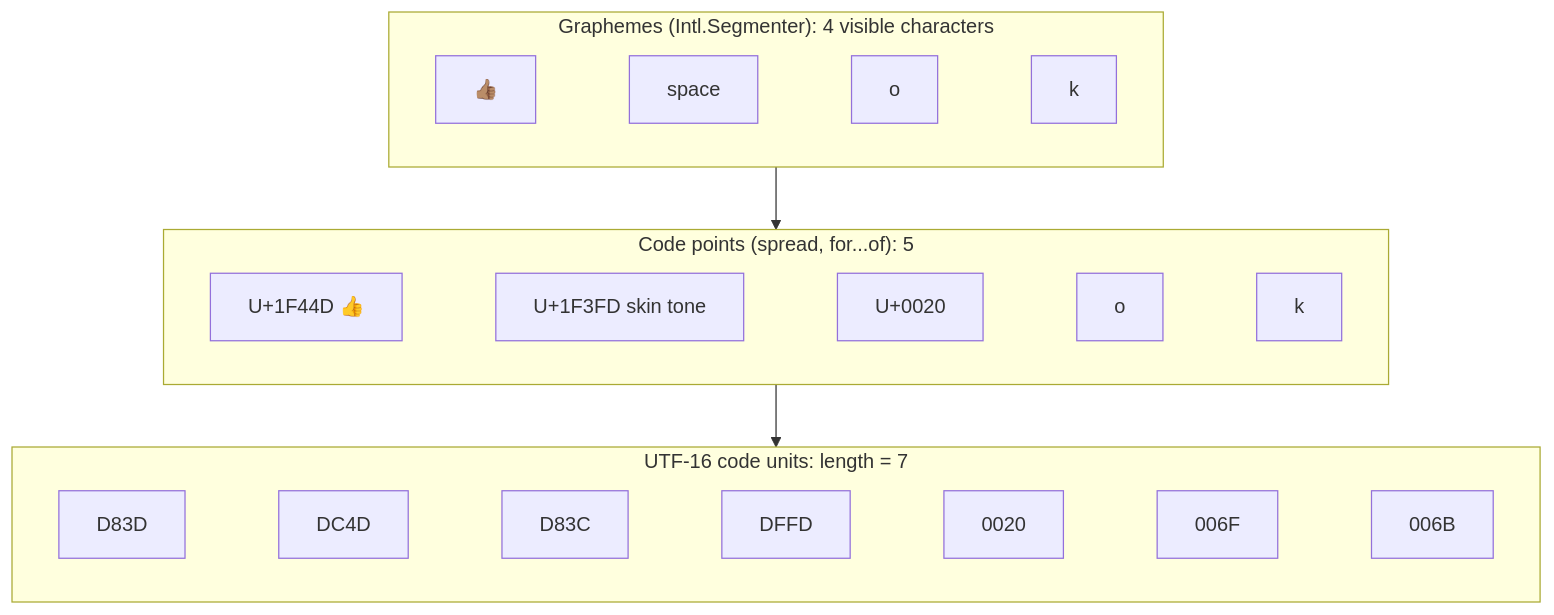
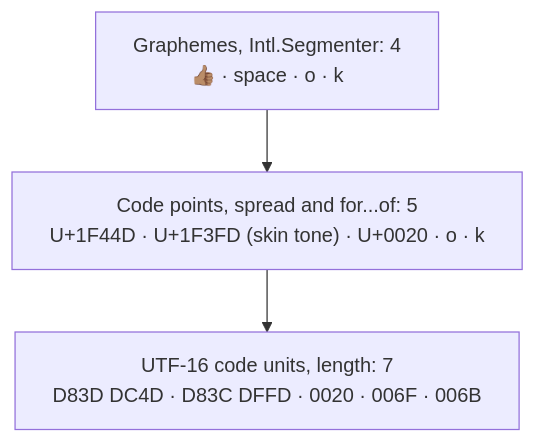
One commit to IGMiller777/frontend-gym changed the second of 3 diagrams in content/lessons/js-core/js-numbers-strings.en.md. Above: the diagram before and after it, drawn with Mermaid. The commit also changed other lines of this file and 19 other files, not shown here.

First line of the commit message:
lessons: fit wide diagrams in JS and React lessons into the column

````diff
--- a/content/lessons/js-core/js-numbers-strings.en.md
+++ b/content/lessons/js-core/js-numbers-strings.en.md
@@ -90,13 +90,10 @@
 ```mermaid
+---
+config:
+  flowchart:
+    wrappingWidth: 420
+---
 flowchart TB
-  subgraph G["Graphemes (Intl.Segmenter): 4 visible characters"]
-    g1["👍🏽"] ~~~ g2["space"] ~~~ g3["o"] ~~~ g4["k"]
-  end
-  subgraph P["Code points (spread, for...of): 5"]
-    p1["U+1F44D 👍"] ~~~ p2["U+1F3FD skin tone"] ~~~ p3["U+0020"] ~~~ p4["o"] ~~~ p5["k"]
-  end
-  subgraph U["UTF-16 code units: length = 7"]
-    u1["D83D"] ~~~ u2["DC4D"] ~~~ u3["D83C"] ~~~ u4["DFFD"] ~~~ u5["0020"] ~~~ u6["006F"] ~~~ u7["006B"]
-  end
-  G --> P --> U
+  G["Graphemes, Intl.Segmenter: 4<br/>👍🏽 · space · o · k"] --> P["Code points, spread and for...of: 5<br/>U+1F44D · U+1F3FD (skin tone) · U+0020 · o · k"]
+  P --> U["UTF-16 code units, length: 7<br/>D83D DC4D · D83C DFFD · 0020 · 006F · 006B"]
 ```
````
